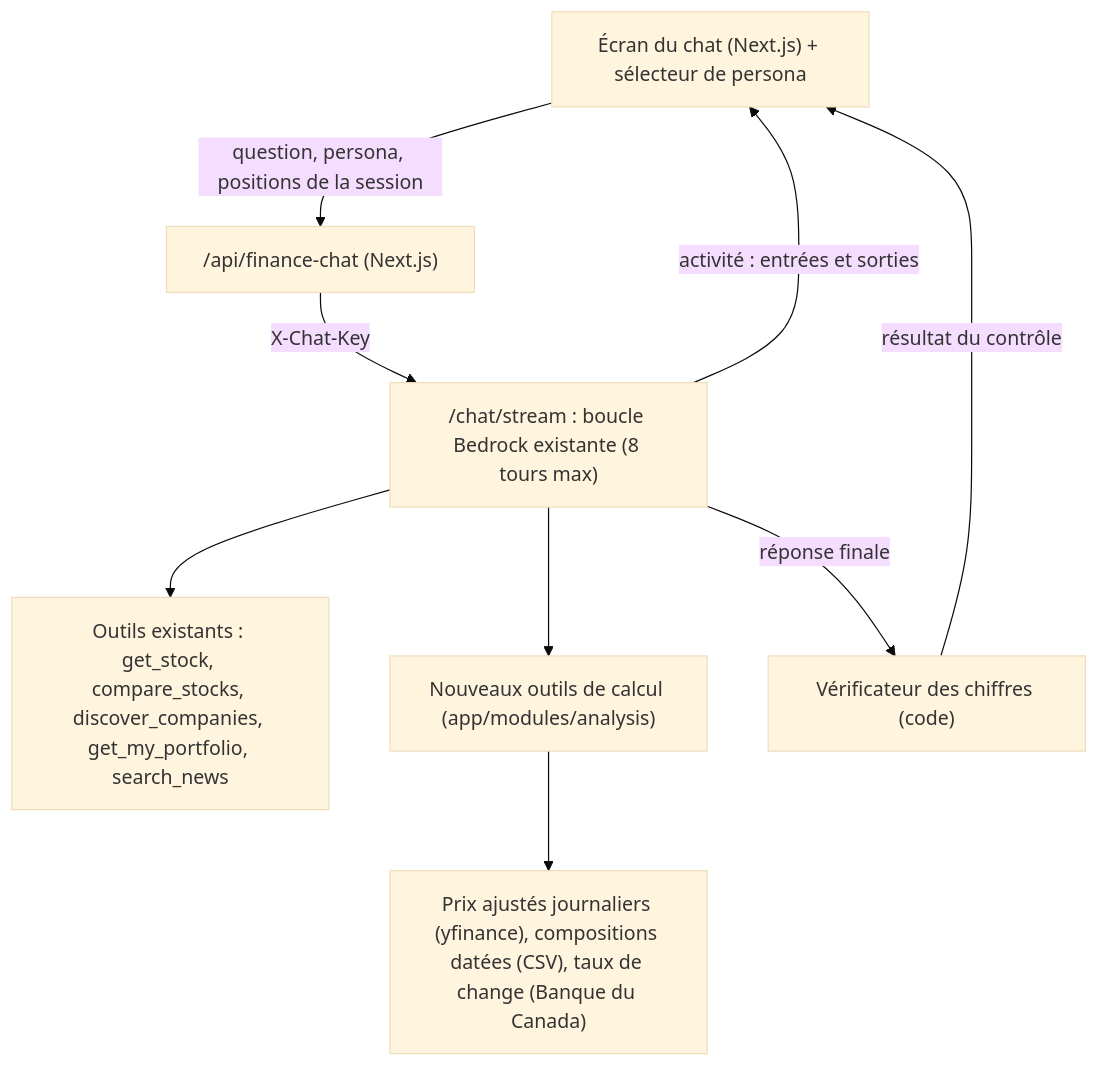
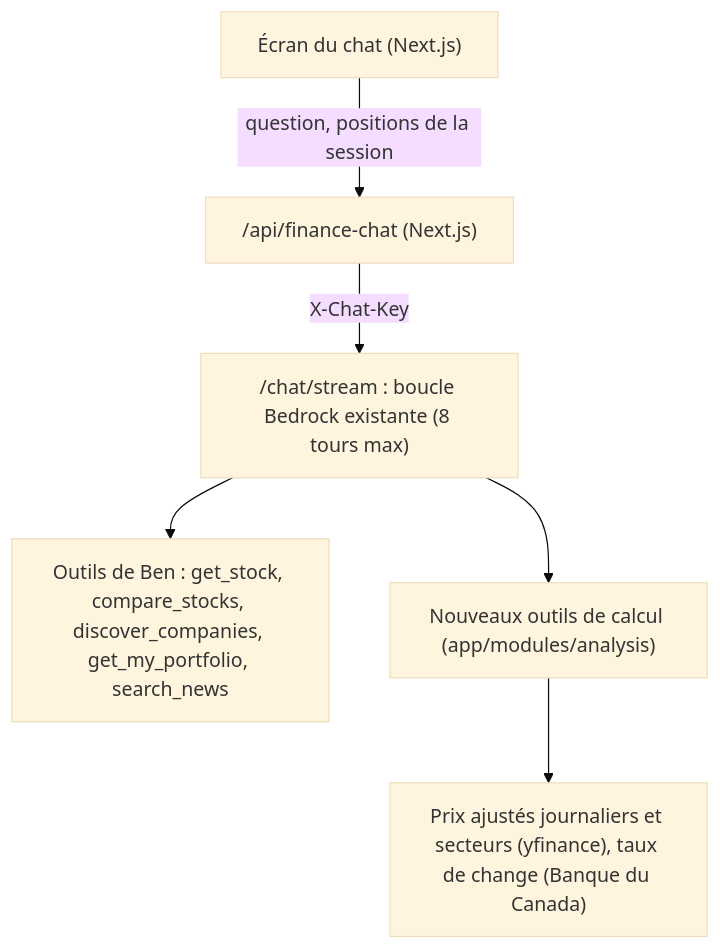
Before and after one commit to tarteeg/datathon-polyfinance: the diagram in roadmap/ROADMAP-AGENT-CALCUL.md, drawn with Mermaid (base theme). The commit also changed other lines of this file, not shown here.

Commit message:
docs: focus calculation agent roadmap on tools, document existing chat agent

````diff
--- a/roadmap/ROADMAP-AGENT-CALCUL.md
+++ b/roadmap/ROADMAP-AGENT-CALCUL.md
@@ -47,11 +74,8 @@
 ```mermaid
 flowchart TD
-    UI["Écran du chat (Next.js) + sélecteur de persona"] -->|question, persona, positions de la session| Proxy["/api/finance-chat (Next.js)"]
+    UI["Écran du chat (Next.js)"] -->|question, positions de la session| Proxy["/api/finance-chat (Next.js)"]
     Proxy -->|X-Chat-Key| Loop["/chat/stream : boucle Bedrock existante (8 tours max)"]
-    Loop --> Existing["Outils existants : get_stock, compare_stocks, discover_companies, get_my_portfolio, search_news"]
+    Loop --> Existing["Outils de Ben : get_stock, compare_stocks, discover_companies, get_my_portfolio, search_news"]
     Loop --> Calc["Nouveaux outils de calcul (app/modules/analysis)"]
-    Calc --> Data["Prix ajustés journaliers (yfinance), compositions datées (CSV), taux de change (Banque du Canada)"]
-    Loop -->|réponse finale| Verif["Vérificateur des chiffres (code)"]
-    Verif -->|résultat du contrôle| UI
-    Loop -->|activité : entrées et sorties| UI
+    Calc --> Data["Prix ajustés journaliers et secteurs (yfinance), taux de change (Banque du Canada)"]
 ```
````
